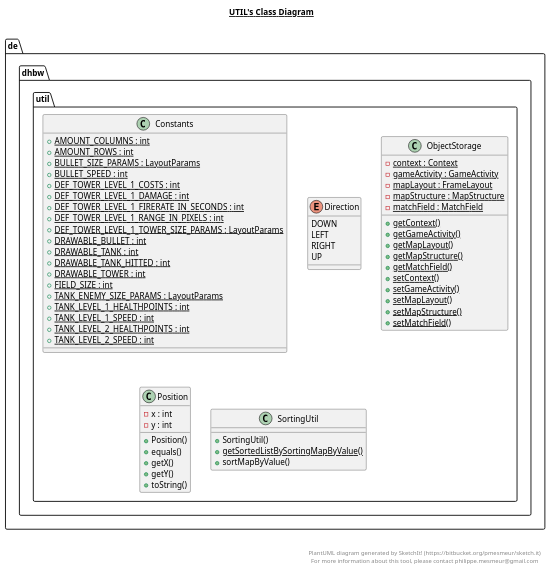
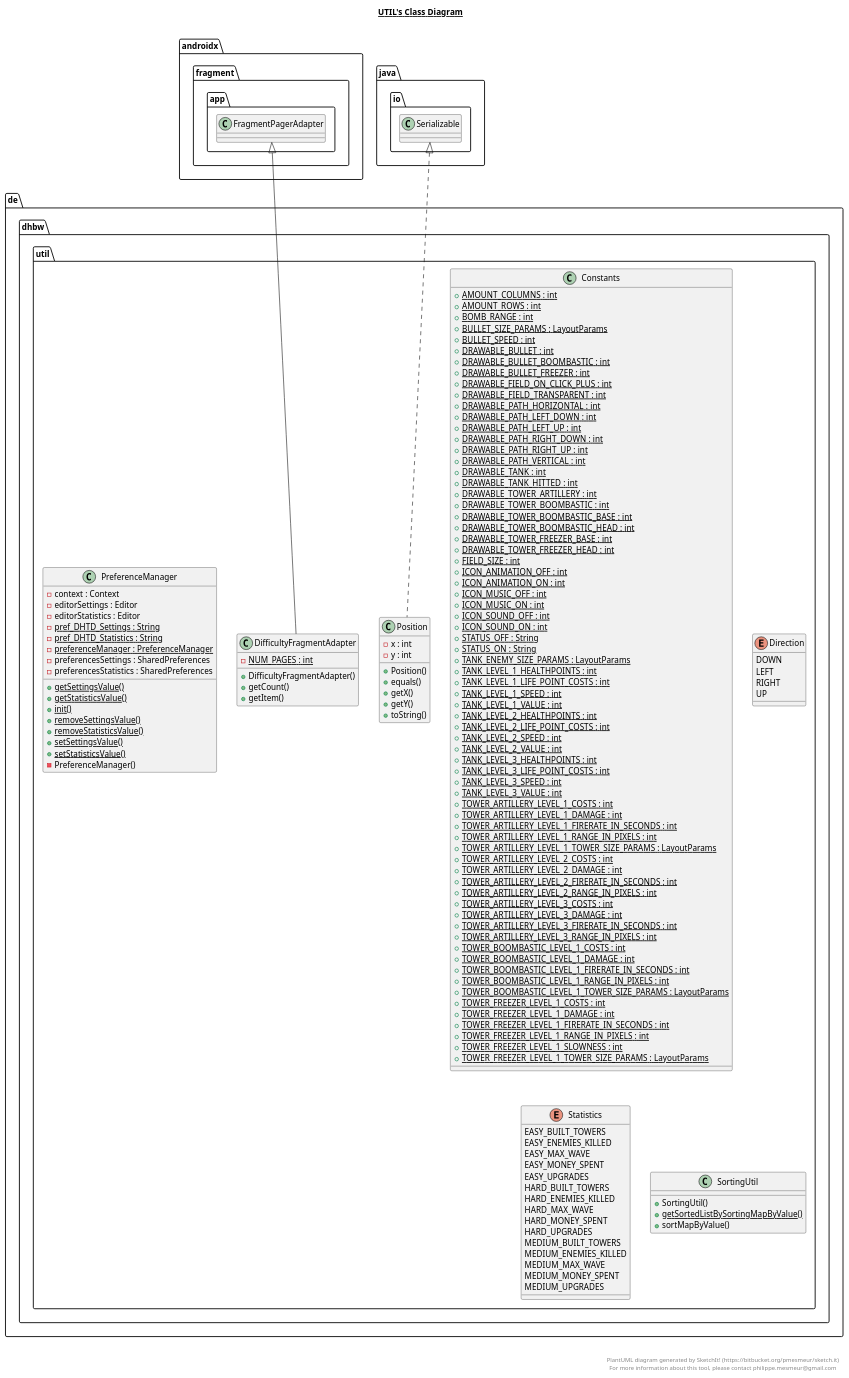
The diagram in app/src/main/java/de/dhbw/util/util.plantuml (niwa99/Tower-Defense), drawn with PlantUML before and after one commit. The commit also changed 14 other files, not shown here.

Commit message:
[DHTD-105] update of class diagram files

```diff
--- a/app/src/main/java/de/dhbw/util/util.plantuml
+++ b/app/src/main/java/de/dhbw/util/util.plantuml
@@ -1,102 +1,192 @@
 @startuml
 
 title __UTIL's Class Diagram__\n
 
   namespace de.dhbw {
     namespace util {
       class de.dhbw.util.Constants {
           {static} + AMOUNT_COLUMNS : int
           {static} + AMOUNT_ROWS : int
+          {static} + BOMB_RANGE : int
           {static} + BULLET_SIZE_PARAMS : LayoutParams
           {static} + BULLET_SPEED : int
-          {static} + DEF_TOWER_LEVEL_1_COSTS : int
-          {static} + DEF_TOWER_LEVEL_1_DAMAGE : int
-          {static} + DEF_TOWER_LEVEL_1_FIRERATE_IN_SECONDS : int
-          {static} + DEF_TOWER_LEVEL_1_RANGE_IN_PIXELS : int
-          {static} + DEF_TOWER_LEVEL_1_TOWER_SIZE_PARAMS : LayoutParams
           {static} + DRAWABLE_BULLET : int
+          {static} + DRAWABLE_BULLET_BOOMBASTIC : int
+          {static} + DRAWABLE_BULLET_FREEZER : int
+          {static} + DRAWABLE_FIELD_ON_CLICK_PLUS : int
+          {static} + DRAWABLE_FIELD_TRANSPARENT : int
+          {static} + DRAWABLE_PATH_HORIZONTAL : int
+          {static} + DRAWABLE_PATH_LEFT_DOWN : int
+          {static} + DRAWABLE_PATH_LEFT_UP : int
+          {static} + DRAWABLE_PATH_RIGHT_DOWN : int
+          {static} + DRAWABLE_PATH_RIGHT_UP : int
+          {static} + DRAWABLE_PATH_VERTICAL : int
           {static} + DRAWABLE_TANK : int
           {static} + DRAWABLE_TANK_HITTED : int
-          {static} + DRAWABLE_TOWER : int
+          {static} + DRAWABLE_TOWER_ARTILLERY : int
+          {static} + DRAWABLE_TOWER_BOOMBASTIC : int
+          {static} + DRAWABLE_TOWER_BOOMBASTIC_BASE : int
+          {static} + DRAWABLE_TOWER_BOOMBASTIC_HEAD : int
+          {static} + DRAWABLE_TOWER_FREEZER_BASE : int
+          {static} + DRAWABLE_TOWER_FREEZER_HEAD : int
           {static} + FIELD_SIZE : int
+          {static} + ICON_ANIMATION_OFF : int
+          {static} + ICON_ANIMATION_ON : int
+          {static} + ICON_MUSIC_OFF : int
+          {static} + ICON_MUSIC_ON : int
+          {static} + ICON_SOUND_OFF : int
+          {static} + ICON_SOUND_ON : int
+          {static} + STATUS_OFF : String
+          {static} + STATUS_ON : String
           {static} + TANK_ENEMY_SIZE_PARAMS : LayoutParams
           {static} + TANK_LEVEL_1_HEALTHPOINTS : int
+          {static} + TANK_LEVEL_1_LIFE_POINT_COSTS : int
           {static} + TANK_LEVEL_1_SPEED : int
+          {static} + TANK_LEVEL_1_VALUE : int
           {static} + TANK_LEVEL_2_HEALTHPOINTS : int
+          {static} + TANK_LEVEL_2_LIFE_POINT_COSTS : int
           {static} + TANK_LEVEL_2_SPEED : int
+          {static} + TANK_LEVEL_2_VALUE : int
+          {static} + TANK_LEVEL_3_HEALTHPOINTS : int
+          {static} + TANK_LEVEL_3_LIFE_POINT_COSTS : int
+          {static} + TANK_LEVEL_3_SPEED : int
+          {static} + TANK_LEVEL_3_VALUE : int
+          {static} + TOWER_ARTILLERY_LEVEL_1_COSTS : int
+          {static} + TOWER_ARTILLERY_LEVEL_1_DAMAGE : int
+          {static} + TOWER_ARTILLERY_LEVEL_1_FIRERATE_IN_SECONDS : int
+          {static} + TOWER_ARTILLERY_LEVEL_1_RANGE_IN_PIXELS : int
+          {static} + TOWER_ARTILLERY_LEVEL_1_TOWER_SIZE_PARAMS : LayoutParams
+          {static} + TOWER_ARTILLERY_LEVEL_2_COSTS : int
+          {static} + TOWER_ARTILLERY_LEVEL_2_DAMAGE : int
+          {static} + TOWER_ARTILLERY_LEVEL_2_FIRERATE_IN_SECONDS : int
+          {static} + TOWER_ARTILLERY_LEVEL_2_RANGE_IN_PIXELS : int
+          {static} + TOWER_ARTILLERY_LEVEL_3_COSTS : int
+          {static} + TOWER_ARTILLERY_LEVEL_3_DAMAGE : int
+          {static} + TOWER_ARTILLERY_LEVEL_3_FIRERATE_IN_SECONDS : int
+          {static} + TOWER_ARTILLERY_LEVEL_3_RANGE_IN_PIXELS : int
+          {static} + TOWER_BOOMBASTIC_LEVEL_1_COSTS : int
+          {static} + TOWER_BOOMBASTIC_LEVEL_1_DAMAGE : int
+          {static} + TOWER_BOOMBASTIC_LEVEL_1_FIRERATE_IN_SECONDS : int
+          {static} + TOWER_BOOMBASTIC_LEVEL_1_RANGE_IN_PIXELS : int
+          {static} + TOWER_BOOMBASTIC_LEVEL_1_TOWER_SIZE_PARAMS : LayoutParams
+          {static} + TOWER_FREEZER_LEVEL_1_COSTS : int
+          {static} + TOWER_FREEZER_LEVEL_1_DAMAGE : int
+          {static} + TOWER_FREEZER_LEVEL_1_FIRERATE_IN_SECONDS : int
+          {static} + TOWER_FREEZER_LEVEL_1_RANGE_IN_PIXELS : int
+          {static} + TOWER_FREEZER_LEVEL_1_SLOWNESS : int
+          {static} + TOWER_FREEZER_LEVEL_1_TOWER_SIZE_PARAMS : LayoutParams
+      }
+    }
+  }
+  
+
+  namespace de.dhbw {
+    namespace util {
+      class de.dhbw.util.DifficultyFragmentAdapter {
+          {static} - NUM_PAGES : int
+          + DifficultyFragmentAdapter()
+          + getCount()
+          + getItem()
       }
     }
   }
   
 
   namespace de.dhbw {
     namespace util {
       enum Direction {
         DOWN
         LEFT
         RIGHT
         UP
-      }
-    }
-  }
-  
-
-  namespace de.dhbw {
-    namespace util {
-      class de.dhbw.util.ObjectStorage {
-          {static} - context : Context
-          {static} - gameActivity : GameActivity
-          {static} - mapLayout : FrameLayout
-          {static} - mapStructure : MapStructure
-          {static} - matchField : MatchField
-          {static} + getContext()
-          {static} + getGameActivity()
-          {static} + getMapLayout()
-          {static} + getMapStructure()
-          {static} + getMatchField()
-          {static} + setContext()
-          {static} + setGameActivity()
-          {static} + setMapLayout()
-          {static} + setMapStructure()
-          {static} + setMatchField()
       }
     }
   }
   
 
   namespace de.dhbw {
     namespace util {
       class de.dhbw.util.Position {
           - x : int
           - y : int
           + Position()
           + equals()
           + getX()
           + getY()
           + toString()
       }
     }
   }
   
 
   namespace de.dhbw {
     namespace util {
+      class de.dhbw.util.PreferenceManager {
+          - context : Context
+          - editorSettings : Editor
+          - editorStatistics : Editor
+          {static} - pref_DHTD_Settings : String
+          {static} - pref_DHTD_Statistics : String
+          {static} - preferenceManager : PreferenceManager
+          - preferencesSettings : SharedPreferences
+          - preferencesStatistics : SharedPreferences
+          {static} + getSettingsValue()
+          {static} + getStatisticsValue()
+          {static} + init()
+          {static} + removeSettingsValue()
+          {static} + removeStatisticsValue()
+          {static} + setSettingsValue()
+          {static} + setStatisticsValue()
+          - PreferenceManager()
+      }
+    }
+  }
+  
+
+  namespace de.dhbw {
+    namespace util {
+      enum Statistics {
+        EASY_BUILT_TOWERS
+        EASY_ENEMIES_KILLED
+        EASY_MAX_WAVE
+        EASY_MONEY_SPENT
+        EASY_UPGRADES
+        HARD_BUILT_TOWERS
+        HARD_ENEMIES_KILLED
+        HARD_MAX_WAVE
+        HARD_MONEY_SPENT
+        HARD_UPGRADES
+        MEDIUM_BUILT_TOWERS
+        MEDIUM_ENEMIES_KILLED
+        MEDIUM_MAX_WAVE
+        MEDIUM_MONEY_SPENT
+        MEDIUM_UPGRADES
+      }
+    }
+  }
+  
+
+  namespace de.dhbw {
+    namespace util {
       class de.dhbw.util.SortingUtil {
           + SortingUtil()
           {static} + getSortedListBySortingMapByValue()
           + sortMapByValue()
       }
     }
   }
   
 
+  de.dhbw.util.DifficultyFragmentAdapter -up-|> androidx.fragment.app.FragmentPagerAdapter
+  de.dhbw.util.Position .up.|> java.io.Serializable
+  de.dhbw.util.PreferenceManager +-down- de.dhbw.util.PreferenceManager.Statistics
 
 
 right footer
 
 
 PlantUML diagram generated by SketchIt! (https://bitbucket.org/pmesmeur/sketch.it)
 For more information about this tool, please contact philippe.mesmeur@gmail.com
 endfooter
 
 @enduml
```
